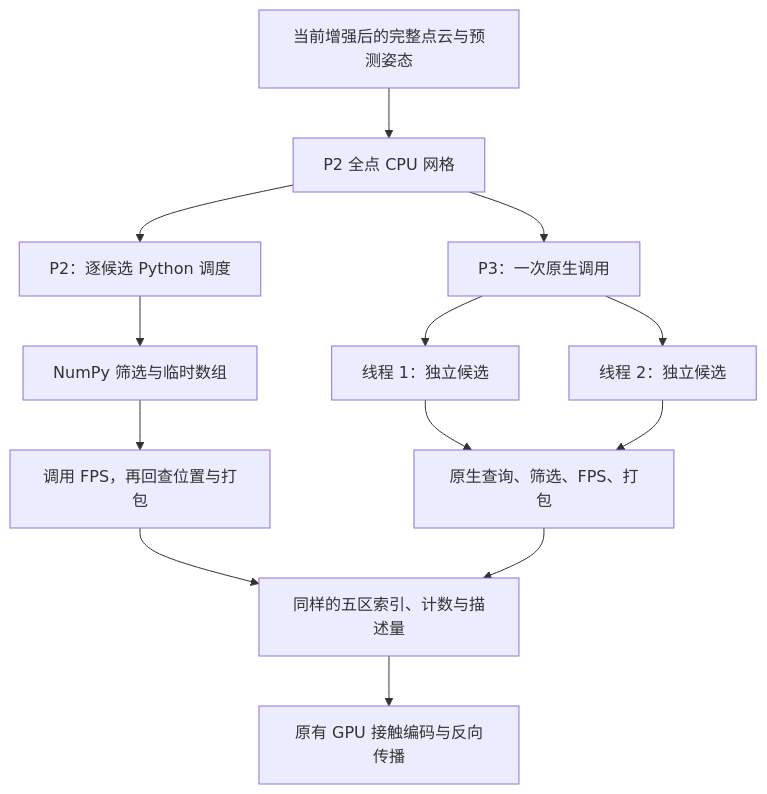
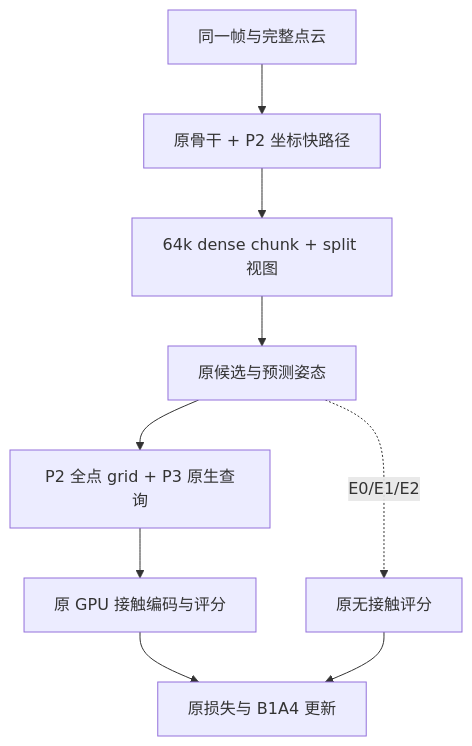
The diagram in docs/PERFORMANCE_PHASE3.md (chichu-lv/suctionnet_modern_20mm), drawn with Mermaid before and after one commit. The commit also changed other lines of this file and 22 other files, not shown here.

````diff
--- a/docs/PERFORMANCE_PHASE3.md
+++ b/docs/PERFORMANCE_PHASE3.md
@@ -28,15 +55,11 @@
 ```mermaid
 flowchart TD
-    A["当前增强后的完整点云与预测姿态"] --> B["P2 全点 CPU 网格"]
-    B --> C["P2：逐候选 Python 调度"]
-    B --> D["P3：一次原生调用"]
-    C --> E["NumPy 筛选与临时数组"]
-    E --> F["调用 FPS，再回查位置与打包"]
-    D --> G["线程 1：独立候选"]
-    D --> H["线程 2：独立候选"]
-    G --> I["原生查询、筛选、FPS、打包"]
-    H --> I
-    F --> J["同样的五区索引、计数与描述量"]
-    I --> J
-    J --> K["原有 GPU 接触编码与反向传播"]
+    A["同一帧与完整点云"] --> B["原骨干 + P2 坐标快路径"]
+    B --> C["64k dense chunk + split 视图"]
+    C --> D["原候选与预测姿态"]
+    D --> E["P2 全点 grid + P3 原生查询"]
+    E --> F["原 GPU 接触编码与评分"]
+    D -. "E0/E1/E2" .-> G["原无接触评分"]
+    F --> H["原损失与 B1A4 更新"]
+    G --> H
 ```
````
